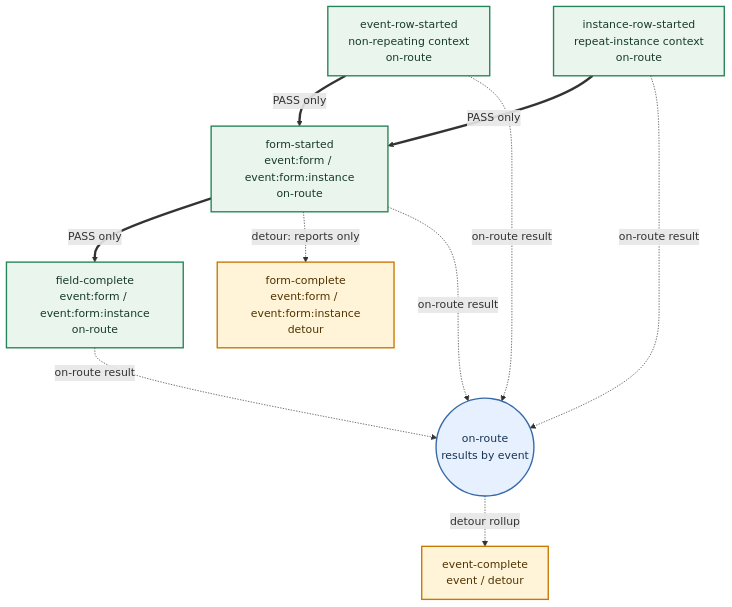
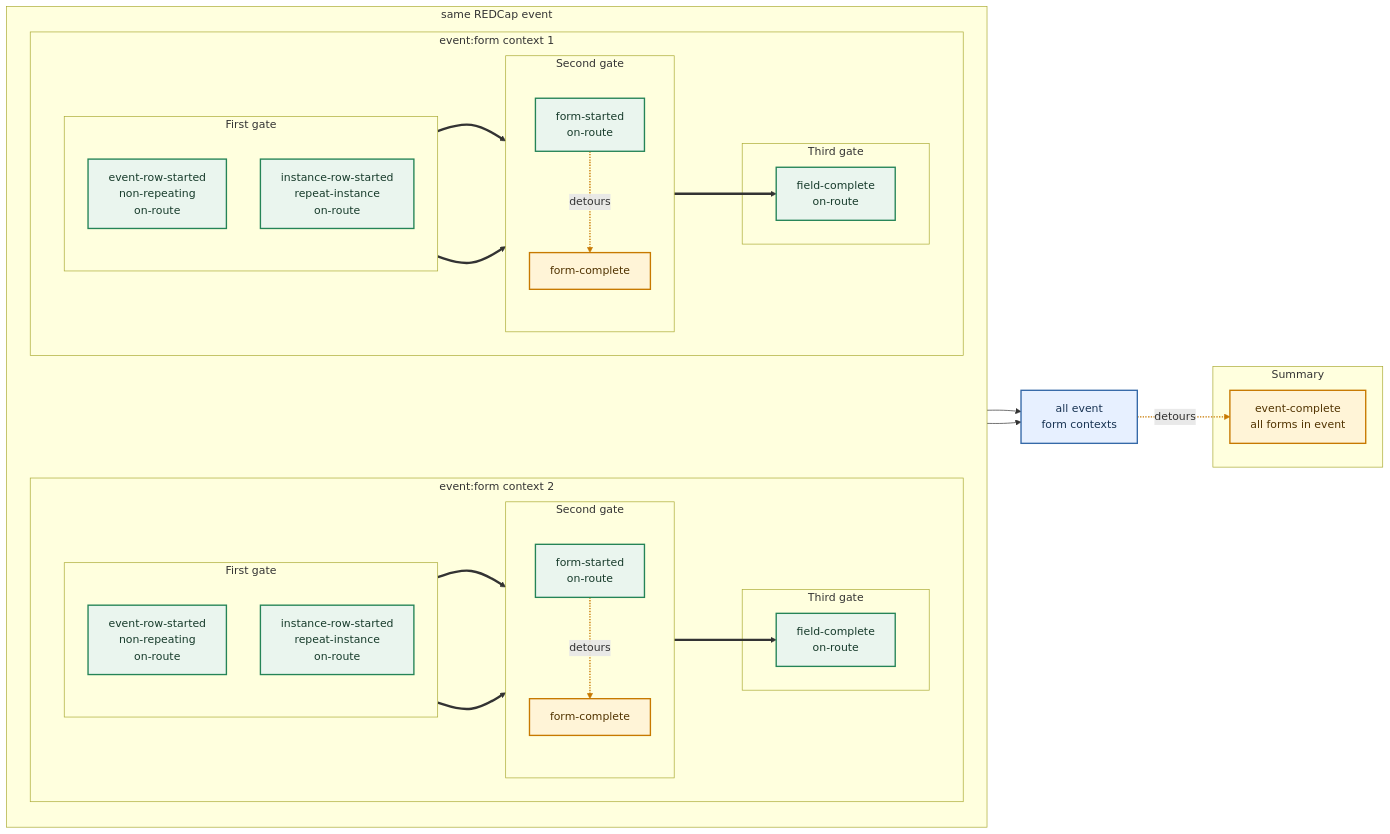
Before and after one commit to blankuzr/redcapmissing: the diagram in README.Rmd, drawn with Mermaid. The commit also changed 3 other files, not shown here.

Commit message:
Refine README validation flow diagram

````diff
--- a/README.Rmd
+++ b/README.Rmd
@@ -75,20 +75,78 @@
 ```mermaid
-flowchart TB
-  A["event-row-started<br/>non-repeating context<br/>on-route"] ==>|"PASS only"| C["form-started<br/>event:form / event:form:instance<br/>on-route"]
-  B["instance-row-started<br/>repeat-instance context<br/>on-route"] ==>|"PASS only"| C
-  C ==>|"PASS only"| E["field-complete<br/>event:form / event:form:instance<br/>on-route"]
-  C -. "detour: reports only" .-> D["form-complete<br/>event:form / event:form:instance<br/>detour"]
+flowchart LR
+  subgraph EV["same REDCap event"]
+    direction TB
 
-  A -. "on-route result" .-> O(("on-route<br/>results by event"))
-  B -. "on-route result" .-> O
-  C -. "on-route result" .-> O
-  E -. "on-route result" .-> O
-  O -. "detour rollup" .-> F["event-complete<br/>event / detour"]
+    subgraph F1["event:form context 1"]
+      direction LR
+      subgraph G1A["First gate"]
+        direction TB
+        A1["event-row-started<br/>non-repeating<br/>on-route"]
+        B1["instance-row-started<br/>repeat-instance<br/>on-route"]
+      end
+
+      subgraph G2A["Second gate"]
+        direction TB
+        C1["form-started<br/>on-route"]
+        D1["form-complete"]
+      end
+
+      subgraph G3A["Third gate"]
+        E1["field-complete<br/>on-route"]
+      end
+    end
+
+    H[" "]
+
+    subgraph F2["event:form context 2"]
+      direction LR
+      subgraph G1B["First gate"]
+        direction TB
+        A2["event-row-started<br/>non-repeating<br/>on-route"]
+        B2["instance-row-started<br/>repeat-instance<br/>on-route"]
+      end
+
+      subgraph G2B["Second gate"]
+        direction TB
+        C2["form-started<br/>on-route"]
+        D2["form-complete"]
+      end
+
+      subgraph G3B["Third gate"]
+        E2["field-complete<br/>on-route"]
+      end
+    end
+  end
+
+  subgraph G4["Summary"]
+    F["event-complete<br/>all forms in event"]
+  end
+
+  R["all event<br/>form contexts"]
+
+  A1 ==> C1
+  B1 ==> C1
+  C1 ==> E1
+  C1 -. "detours" .-> D1
+
+  A2 ==> C2
+  B2 ==> C2
+  C2 ==> E2
+  C2 -. "detours" .-> D2
+
+  E1 --> R
+  E2 --> R
+  R -. "detours" .-> F
+  E1 ~~~ H
+  H ~~~ A2
 
   classDef onRoute fill:#eaf5ee,stroke:#258457,color:#173b2b,stroke-width:2px;
   classDef detour fill:#fff4d7,stroke:#c77900,color:#513300,stroke-width:2px;
   classDef rollup fill:#e7f0ff,stroke:#3569a8,color:#183353,stroke-width:2px;
-  class A,B,C,E onRoute;
-  class D,F detour;
-  class O rollup;
+  classDef hidden fill:transparent,stroke:transparent,color:transparent;
+  class A1,B1,C1,E1,A2,B2,C2,E2 onRoute;
+  class D1,D2,F detour;
+  class R rollup;
+  class H hidden;
+  linkStyle 3,7,10 stroke:#c77900,stroke-width:2px;
 ```
````
